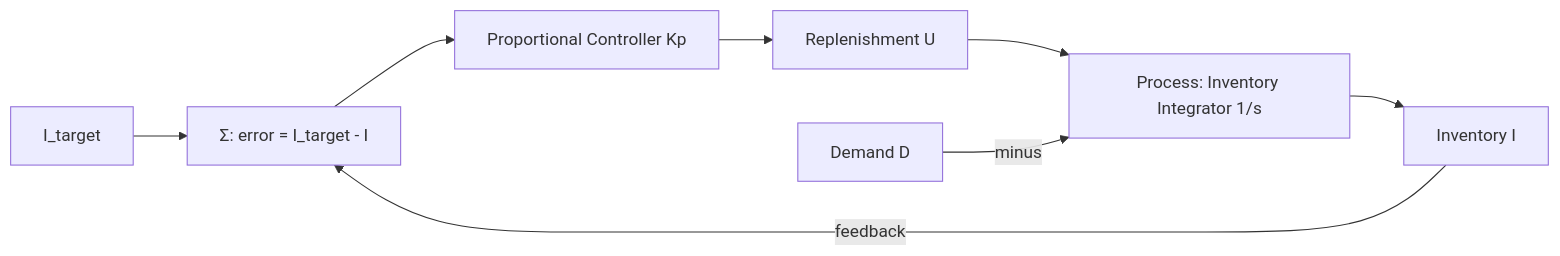
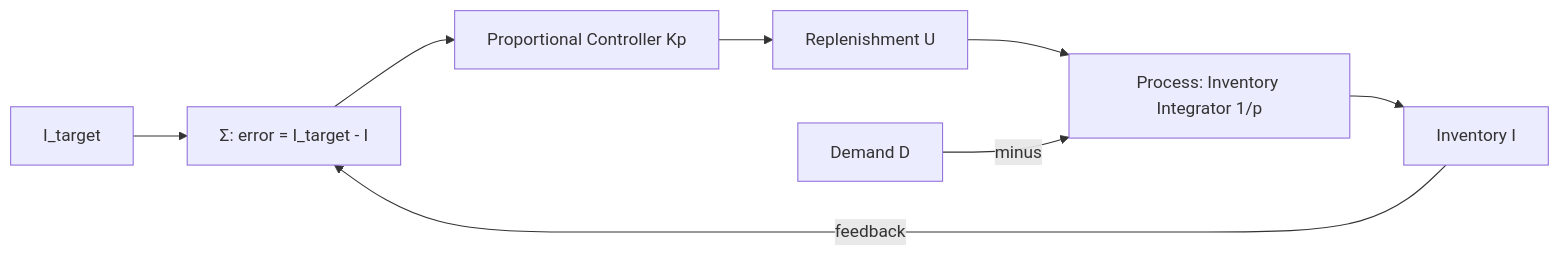
The diagram in docs/reports/task1-linear-acs-report.md (maksim-tsi/systems-theory-task), drawn with Mermaid before and after one commit. The commit also changed other lines of this file and 12 other files, not shown here.

````diff
--- a/docs/reports/task1-linear-acs-report.md
+++ b/docs/reports/task1-linear-acs-report.md
@@ -16,10 +16,10 @@
 ```mermaid
 flowchart LR
 	R[I_target] --> E[Σ: error = I_target - I]
 	E --> C[Proportional Controller Kp]
 	C --> U[Replenishment U]
-	U --> P[Process: Inventory Integrator 1/s]
+	U --> P[Process: Inventory Integrator 1/p]
 	D[Demand D] -->|minus| P
 	P --> I[Inventory I]
 	I -->|feedback| E
 ```
````
